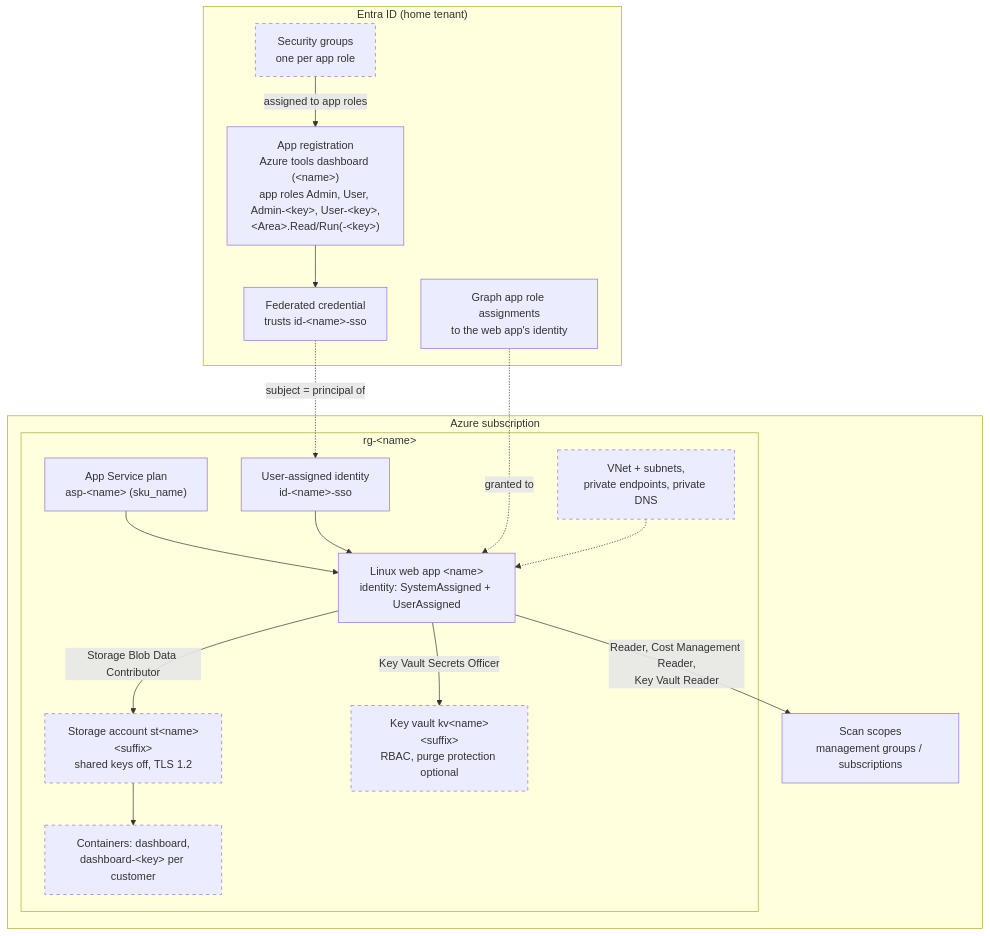
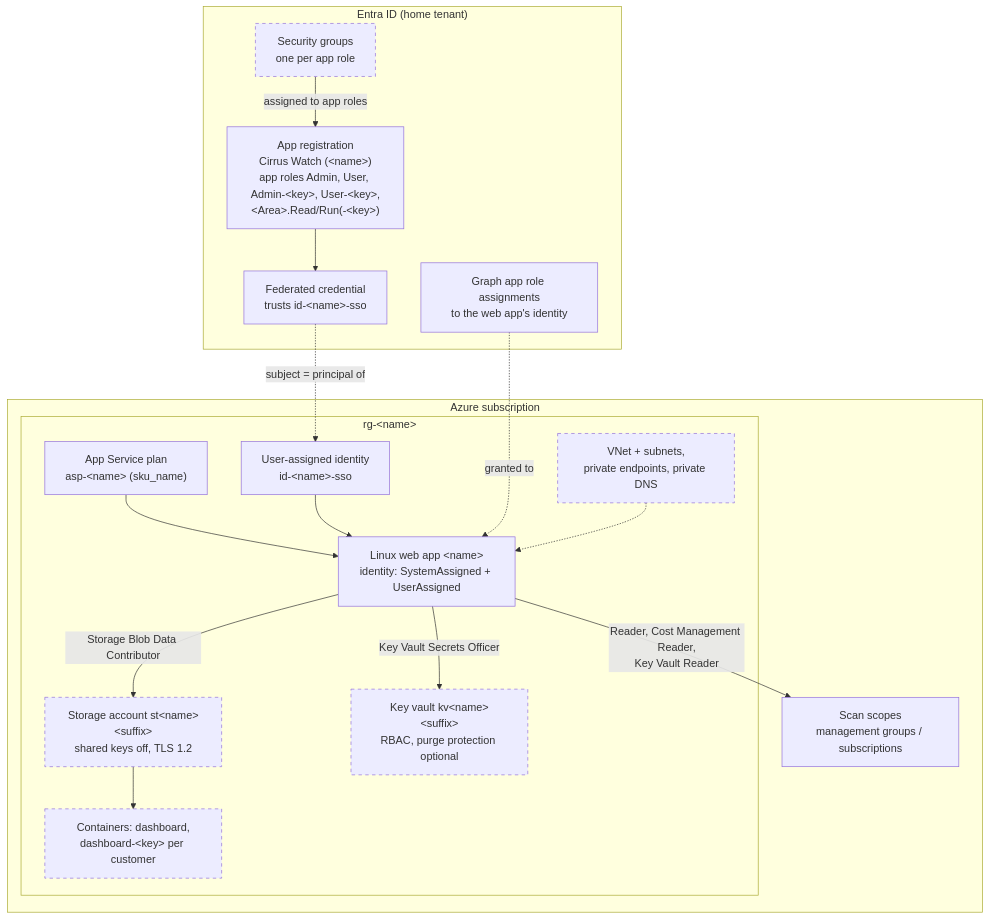
The second of 10 diagrams in docs/architecture.md (Gooseankles/cirrus-watch), drawn with Mermaid before and after one commit. The commit also changed 8 other files, not shown here.

Commit message:
Rename to Cirrus Watch: page and sign-in titles, sidebar, cloud mark, notification link, docs

````diff
--- a/docs/architecture.md
+++ b/docs/architecture.md
@@ -69,36 +69,36 @@
 ```mermaid
 flowchart TB
   subgraph az["Azure subscription"]
     subgraph rg["rg-&lt;name&gt;"]
       asp["App Service plan<br/>asp-&lt;name&gt; (sku_name)"]
       web["Linux web app &lt;name&gt;<br/>identity: SystemAssigned + UserAssigned"]
       uami["User-assigned identity<br/>id-&lt;name&gt;-sso"]
       st["Storage account st&lt;name&gt;&lt;suffix&gt;<br/>shared keys off, TLS 1.2"]
       cont["Containers: dashboard,<br/>dashboard-&lt;key&gt; per customer"]
       kv["Key vault kv&lt;name&gt;&lt;suffix&gt;<br/>RBAC, purge protection optional"]
       vnet["VNet + subnets,<br/>private endpoints, private DNS"]
     end
     scopes["Scan scopes<br/>management groups / subscriptions"]
   end
   subgraph entra["Entra ID (home tenant)"]
-    sso["App registration<br/>Azure tools dashboard (&lt;name&gt;)<br/>app roles Admin, User, Admin-&lt;key&gt;, User-&lt;key&gt;,<br/>&lt;Area&gt;.Read/Run(-&lt;key&gt;)"]
+    sso["App registration<br/>Cirrus Watch (&lt;name&gt;)<br/>app roles Admin, User, Admin-&lt;key&gt;, User-&lt;key&gt;,<br/>&lt;Area&gt;.Read/Run(-&lt;key&gt;)"]
     fic["Federated credential<br/>trusts id-&lt;name&gt;-sso"]
     groups["Security groups<br/>one per app role"]
     graphperm["Graph app role assignments<br/>to the web app's identity"]
   end
 
   asp --> web
   uami --> web
   st --> cont
   web -- "Storage Blob Data Contributor" --> st
   web -- "Key Vault Secrets Officer" --> kv
   web -- "Reader, Cost Management Reader,<br/>Key Vault Reader" --> scopes
   sso --> fic
   fic -. "subject = principal of" .-> uami
   groups -- "assigned to app roles" --> sso
   graphperm -. "granted to" .-> web
   vnet -.-> web
 
   classDef opt stroke-dasharray: 5 5
   class st,cont,kv,vnet,groups opt
 ```
````
